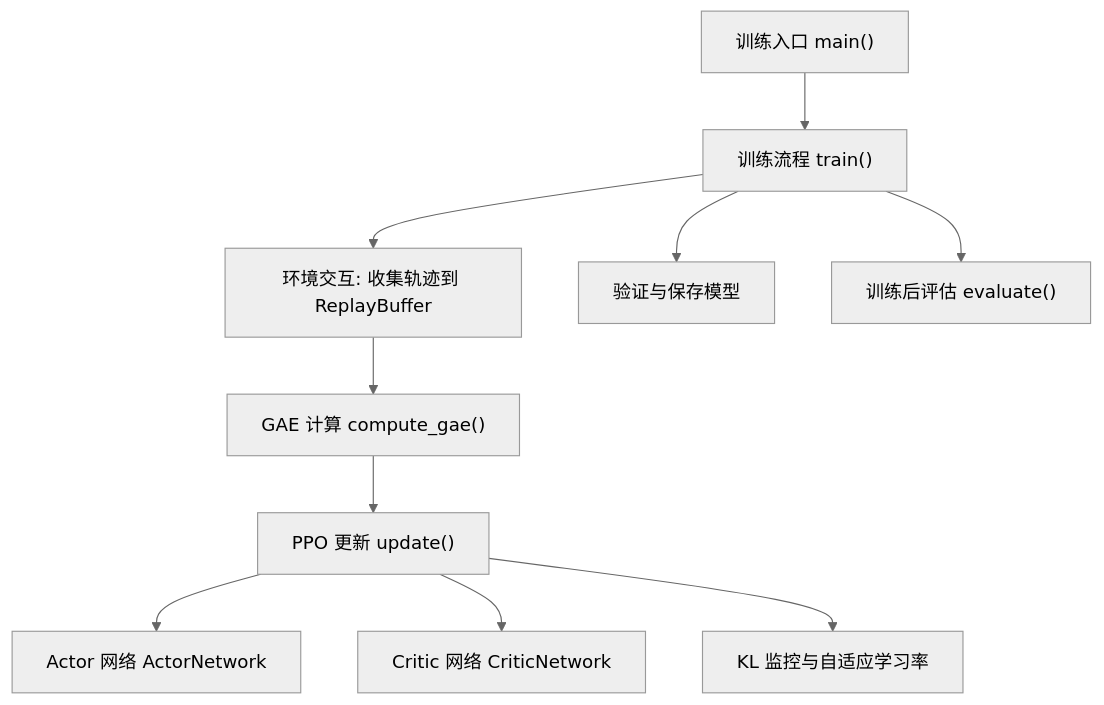
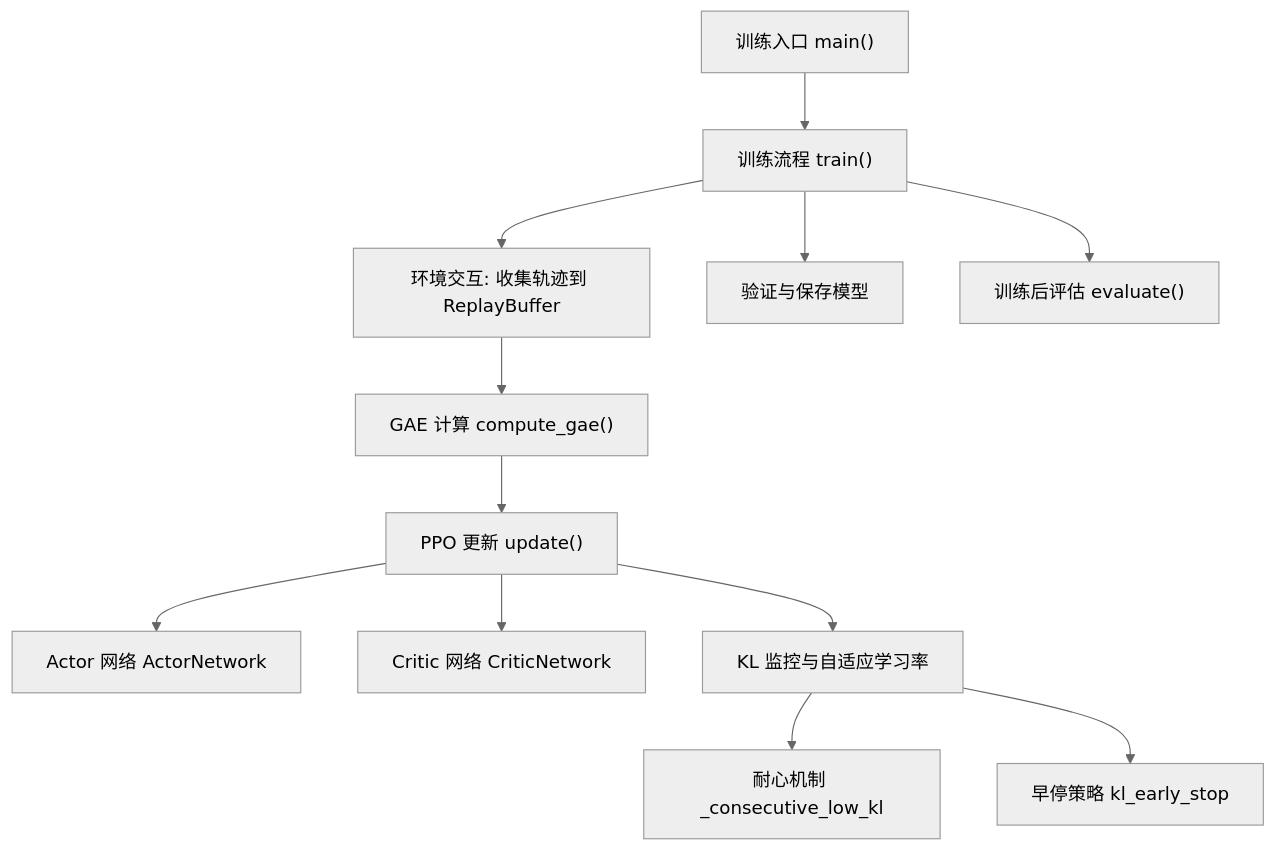
Before and after one commit to xixi10001/self_Adaptive: the first of 8 diagrams in .qoder/repowiki/zh/content/项目概述/核心功能特性/CTDE-PPO算法实现/PPO算法核心实现/PPO算法核心实现.md, drawn with Mermaid (neutral theme). The commit also changed other lines of this file and 94 other files, not shown here.

````diff
--- a/.qoder/repowiki/zh/content/项目概述/核心功能特性/CTDE-PPO算法实现/PPO算法核心实现/PPO算法核心实现.md
+++ b/.qoder/repowiki/zh/content/项目概述/核心功能特性/CTDE-PPO算法实现/PPO算法核心实现/PPO算法核心实现.md
@@ -36,12 +44,14 @@
 ```mermaid
 graph TB
 A["训练入口 main()"] --> B["训练流程 train()"]
 B --> C["环境交互: 收集轨迹到 ReplayBuffer"]
 C --> D["GAE 计算 compute_gae()"]
 D --> E["PPO 更新 update()"]
 E --> F["Actor 网络 ActorNetwork"]
 E --> G["Critic 网络 CriticNetwork"]
 E --> H["KL 监控与自适应学习率"]
-B --> I["验证与保存模型"]
-B --> J["训练后评估 evaluate()"]
+H --> I["耐心机制 _consecutive_low_kl"]
+H --> J["早停策略 kl_early_stop"]
+B --> K["验证与保存模型"]
+B --> L["训练后评估 evaluate()"]
 ```
````
